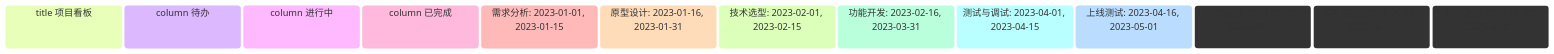
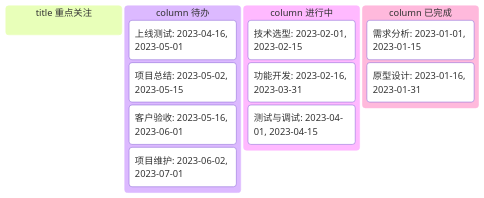
Before and after one commit to jycpp/jycpp.github.io: the second of 3 diagrams in source/_posts/23-08-25-敏捷型软件项目从商务合同到收款开发.md, drawn with Mermaid. The commit also changed other lines of this file, not shown here.

Commit message:
更新mermaid kanban diagram的内容

````diff
--- a/source/_posts/23-08-25-敏捷型软件项目从商务合同到收款开发.md
+++ b/source/_posts/23-08-25-敏捷型软件项目从商务合同到收款开发.md
@@ -89,16 +89,19 @@
 ```mermaid
 kanban
-    title 项目看板
+    title 重点关注
     column 待办
+     上线测试: 2023-04-16, 2023-05-01
+     项目总结: 2023-05-02, 2023-05-15
+     客户验收: 2023-05-16, 2023-06-01
+     项目维护: 2023-06-02, 2023-07-01
     column 进行中
+     技术选型: 2023-02-01, 2023-02-15
+     功能开发: 2023-02-16, 2023-03-31
+     测试与调试: 2023-04-01, 2023-04-15
+    
     column 已完成
-    需求分析: 2023-01-01, 2023-01-15
-    原型设计: 2023-01-16, 2023-01-31
-    技术选型: 2023-02-01, 2023-02-15
-    功能开发: 2023-02-16, 2023-03-31
-    测试与调试: 2023-04-01, 2023-04-15
-    上线测试: 2023-04-16, 2023-05-01
-    项目总结: 2023-05-02, 2023-05-15
-    客户验收: 2023-05-16, 2023-06-01
-    项目维护: 2023-06-02, 2023-07-01
+
+     需求分析: 2023-01-01, 2023-01-15
+     原型设计: 2023-01-16, 2023-01-31
+    
 ```
````
